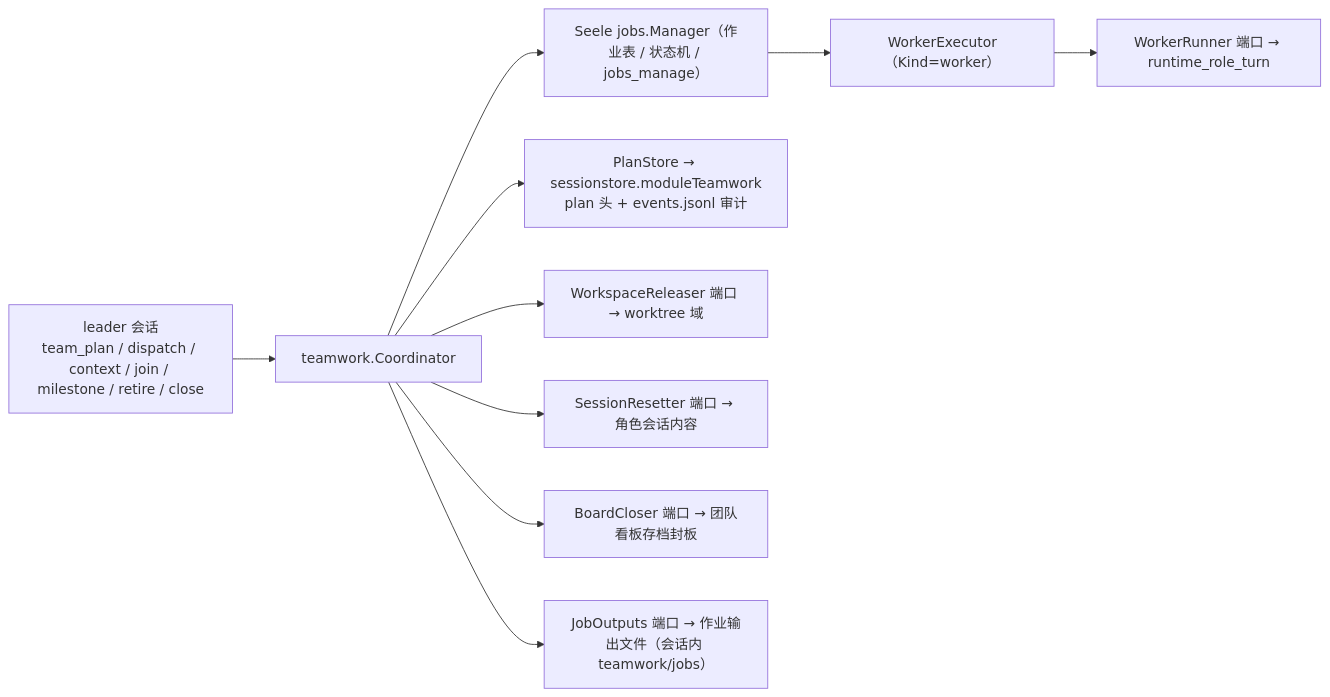
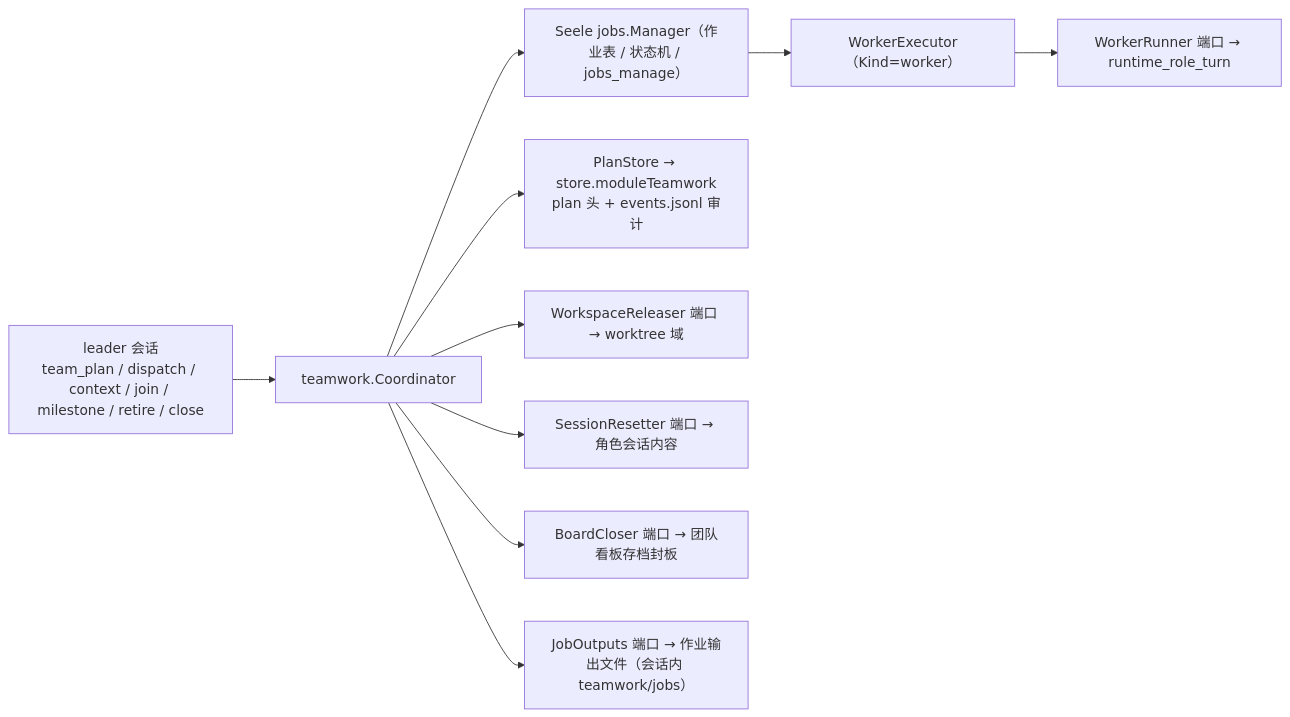
One commit to RedHuang-0622/seelex changed the first of 2 diagrams in seelebridge/teamwork/README.md. Above: the diagram before and after it, drawn with Mermaid. The commit also changed other lines of this file and 1013 other files, not shown here.

````diff
--- a/seelebridge/teamwork/README.md
+++ b/seelebridge/teamwork/README.md
@@ -20,12 +20,12 @@
 ```mermaid
 flowchart LR
     LEADER["leader 会话<br/>team_plan / dispatch / context / join / milestone / retire / close"] --> CO["teamwork.Coordinator"]
     CO --> JOBS["Seele jobs.Manager（作业表 / 状态机 / jobs_manage）"]
-    CO --> STORE["PlanStore → sessionstore.moduleTeamwork<br/>plan 头 + events.jsonl 审计"]
+    CO --> STORE["PlanStore → store.moduleTeamwork<br/>plan 头 + events.jsonl 审计"]
     JOBS --> WE["WorkerExecutor（Kind=worker）"]
     WE --> WR["WorkerRunner 端口 → runtime_role_turn"]
     CO --> WT["WorkspaceReleaser 端口 → worktree 域"]
     CO --> SS["SessionResetter 端口 → 角色会话内容"]
     CO --> BD["BoardCloser 端口 → 团队看板存档封板"]
     CO --> OUT["JobOutputs 端口 → 作业输出文件（会话内 teamwork/jobs）"]
 ```
````
